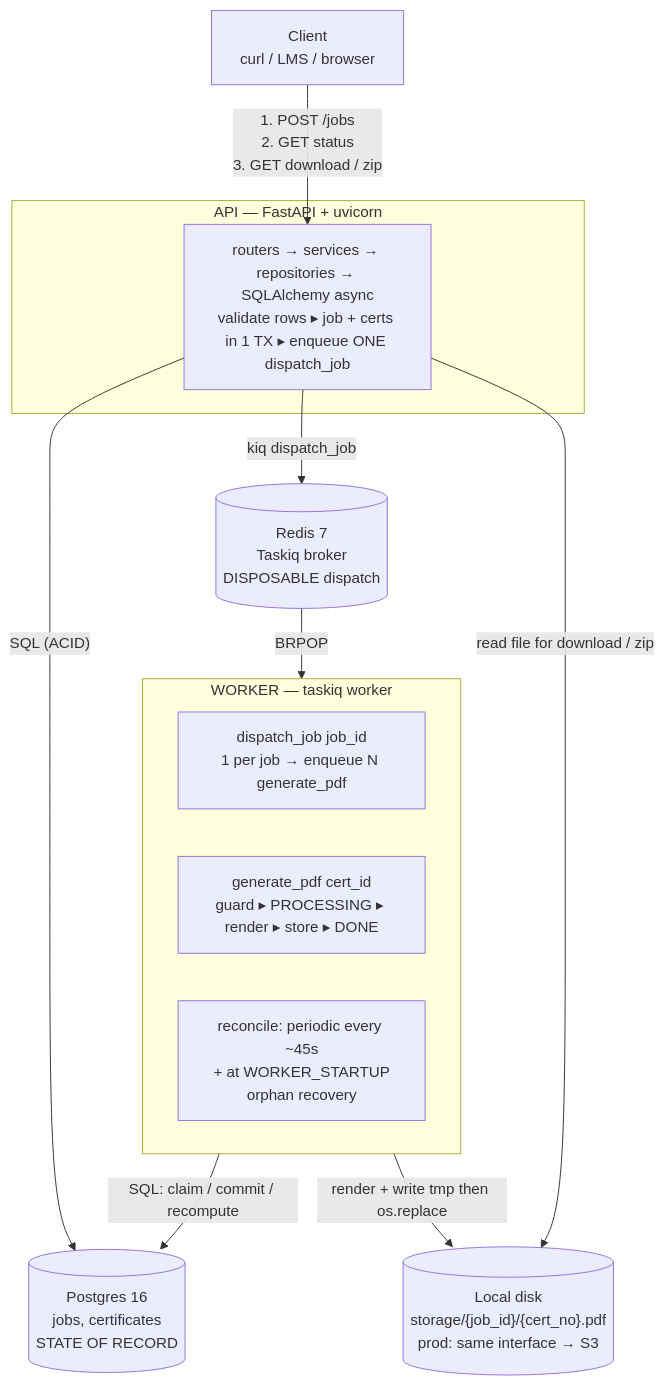
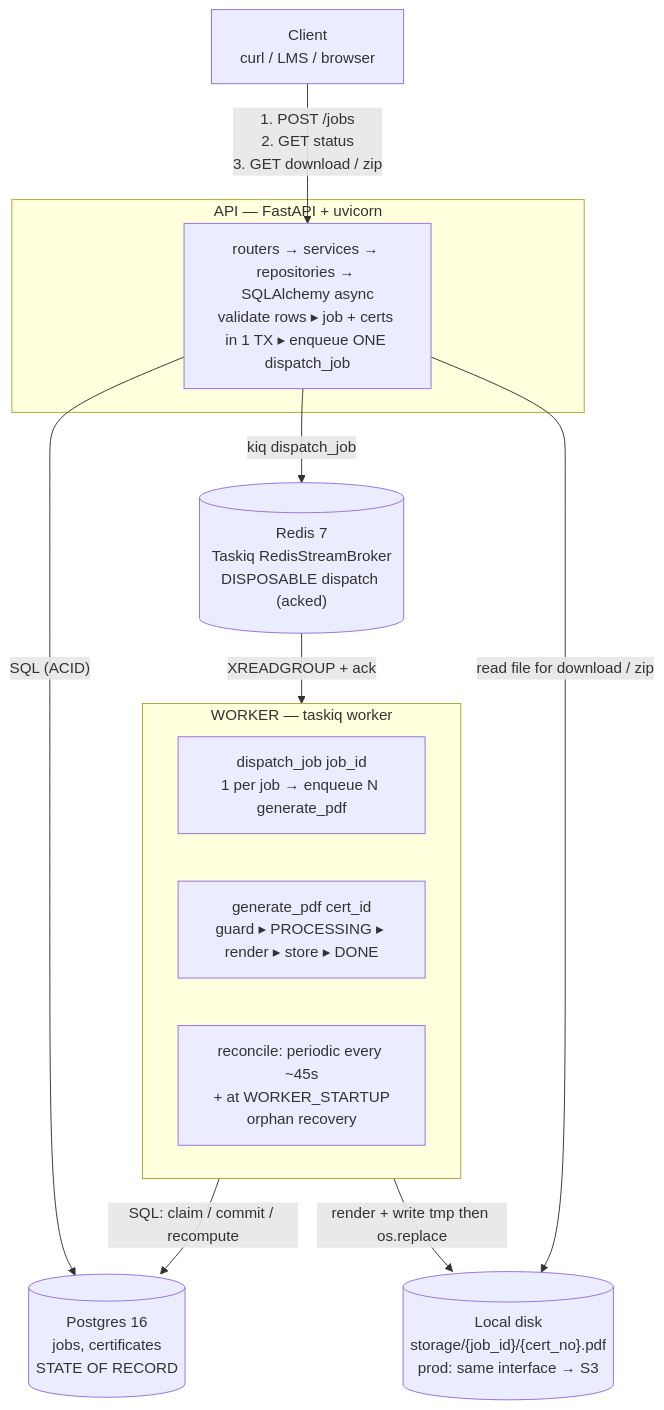
Before and after one commit to shah-dhwanil/aereo-assignment: the first of 13 diagrams in docs/superpowers/specs/2026-10-11-bulk-certificate-generator-design.md, drawn with Mermaid. The commit also changed other lines of this file and 7 other files, not shown here.

````diff
--- a/docs/superpowers/specs/2026-10-11-bulk-certificate-generator-design.md
+++ b/docs/superpowers/specs/2026-10-11-bulk-certificate-generator-design.md
@@ -66,27 +77,27 @@
 ```mermaid
 flowchart TB
     Client["Client<br/>curl / LMS / browser"]
 
     subgraph API["API — FastAPI + uvicorn"]
         Routers["routers → services → repositories → SQLAlchemy async<br/>validate rows ▸ job + certs in 1 TX ▸ enqueue ONE dispatch_job"]
     end
 
     Postgres[("Postgres 16<br/>jobs, certificates<br/>STATE OF RECORD")]
-    Redis[("Redis 7<br/>Taskiq broker<br/>DISPOSABLE dispatch")]
+    Redis[("Redis 7<br/>Taskiq RedisStreamBroker<br/>DISPOSABLE dispatch (acked)")]
 
     subgraph WORKER["WORKER — taskiq worker"]
         Dispatch["dispatch_job job_id<br/>1 per job → enqueue N generate_pdf"]
         Gen["generate_pdf cert_id<br/>guard ▸ PROCESSING ▸ render ▸ store ▸ DONE"]
         Recon["reconcile: periodic every ~45s<br/>+ at WORKER_STARTUP<br/>orphan recovery"]
     end
 
     Disk[("Local disk<br/>storage/{job_id}/{cert_no}.pdf<br/>prod: same interface → S3")]
 
     Client -->|"1. POST /jobs<br/>2. GET status<br/>3. GET download / zip"| Routers
     Routers -->|"SQL (ACID)"| Postgres
     Routers -->|"kiq dispatch_job"| Redis
-    Redis -->|"BRPOP"| WORKER
+    Redis -->|"XREADGROUP + ack"| WORKER
     WORKER -->|"SQL: claim / commit / recompute"| Postgres
     WORKER -->|"render + write tmp then os.replace"| Disk
     Routers -->|"read file for download / zip"| Disk
 ```
````
